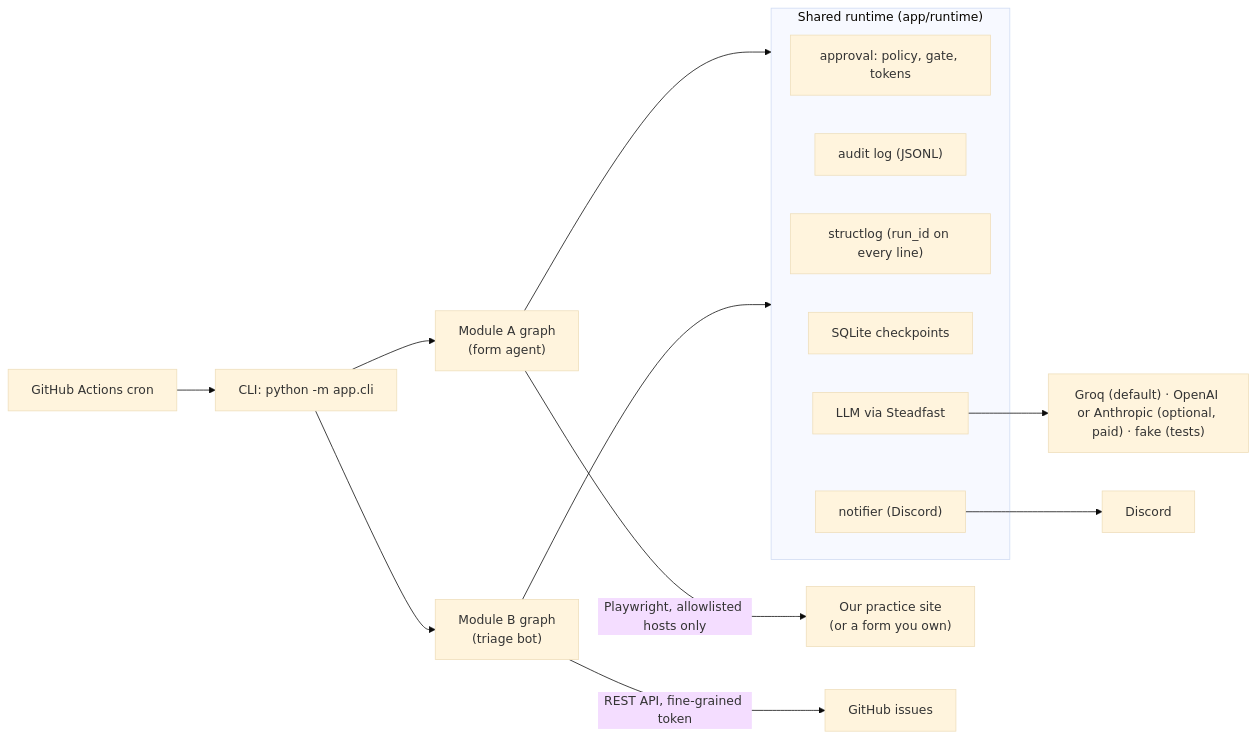
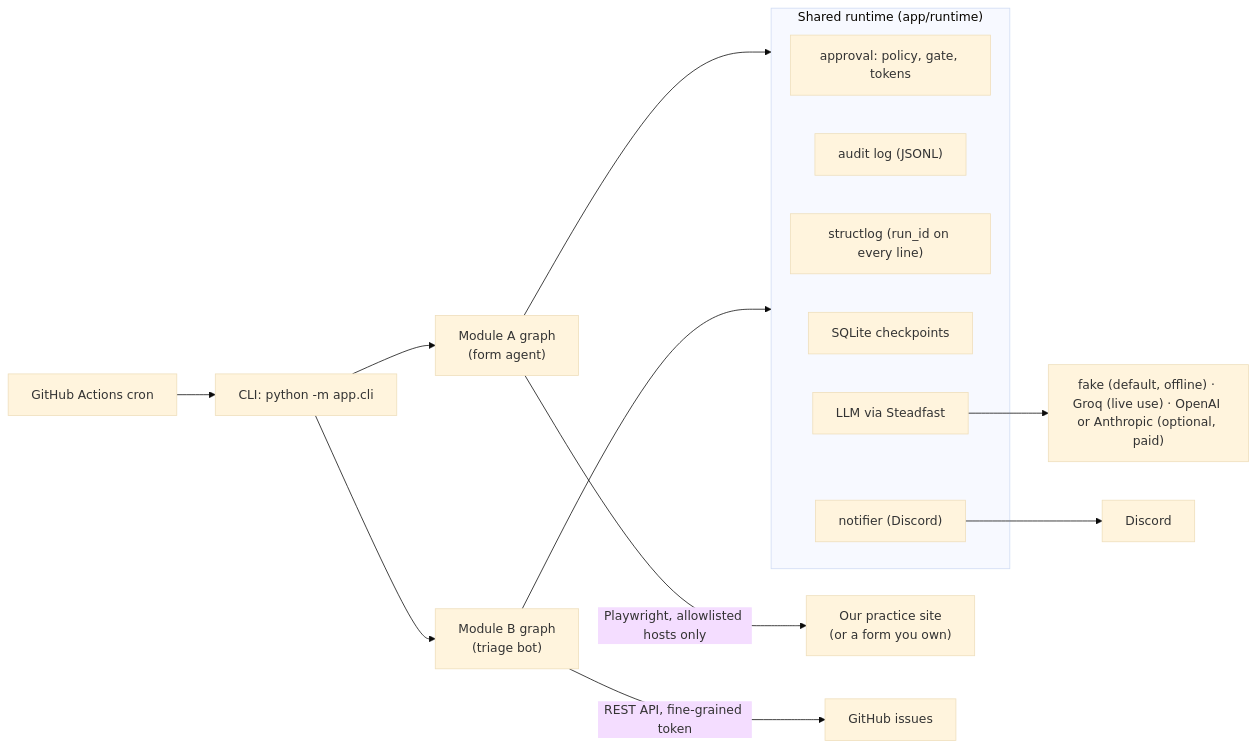
Before and after one commit to maniesh-lab/askfirst: the first of 5 diagrams in docs/ARCHITECTURE.md, drawn with Mermaid (base theme). The commit also changed other lines of this file and 9 other files, not shown here.

````diff
--- a/docs/ARCHITECTURE.md
+++ b/docs/ARCHITECTURE.md
@@ -23,20 +23,20 @@
 ```mermaid
 flowchart LR
   CLI["CLI: python -m app.cli"] --> A["Module A graph<br/>(form agent)"]
   CLI --> B["Module B graph<br/>(triage bot)"]
   CRON["GitHub Actions cron"] --> CLI
   subgraph RT["Shared runtime (app/runtime)"]
     AP["approval: policy, gate, tokens"]
     AU["audit log (JSONL)"]
     LG["structlog (run_id on every line)"]
     CP["SQLite checkpoints"]
     LLM["LLM via Steadfast"]
     NT["notifier (Discord)"]
   end
   A --> RT
   B --> RT
   A -->|"Playwright, allowlisted hosts only"| SITE["Our practice site<br/>(or a form you own)"]
   B -->|"REST API, fine-grained token"| GH["GitHub issues"]
   NT --> DC["Discord"]
-  LLM --> GROQ["Groq (default) · OpenAI or Anthropic (optional, paid) · fake (tests)"]
+  LLM --> GROQ["fake (default, offline) · Groq (live use) · OpenAI or Anthropic (optional, paid)"]
 ```
````
